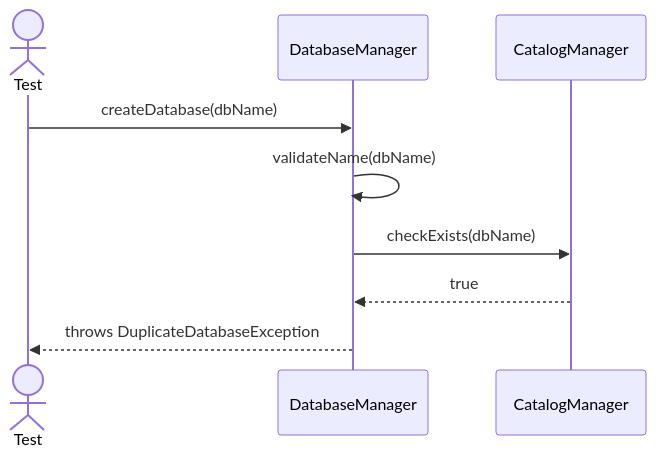
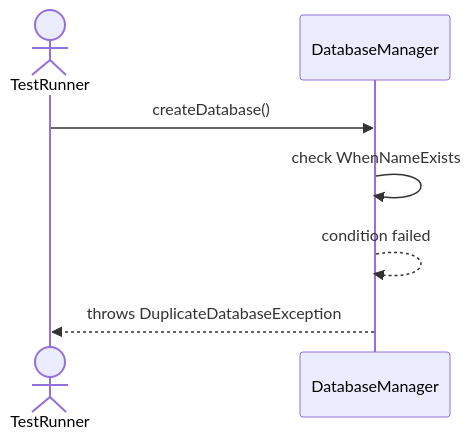
One commit to TamBui1706/DBMS changed the second of 12 diagrams in Sequences/Core/DatabaseManager.md. Above: the diagram before and after it, drawn with Mermaid. The commit also changed other lines of this file and 63 other files, not shown here.

Commit message:
Draw sequence diagram for unit tests

````diff
--- a/Sequences/Core/DatabaseManager.md
+++ b/Sequences/Core/DatabaseManager.md
@@ -37,12 +30,9 @@
 ```mermaid
 sequenceDiagram
-    actor Test
+    actor TestRunner
     participant DatabaseManager
-    participant CatalogManager
-
-    Test->>DatabaseManager: createDatabase(dbName)
-    DatabaseManager->>DatabaseManager: validateName(dbName)
-    DatabaseManager->>CatalogManager: checkExists(dbName)
-    CatalogManager-->>DatabaseManager: true
-    DatabaseManager-->>Test: throws DuplicateDatabaseException
+    TestRunner->>DatabaseManager: createDatabase()
+    DatabaseManager->>DatabaseManager: check WhenNameExists
+    DatabaseManager-->>DatabaseManager: condition failed
+    DatabaseManager-->>TestRunner: throws DuplicateDatabaseException
 ```
````
